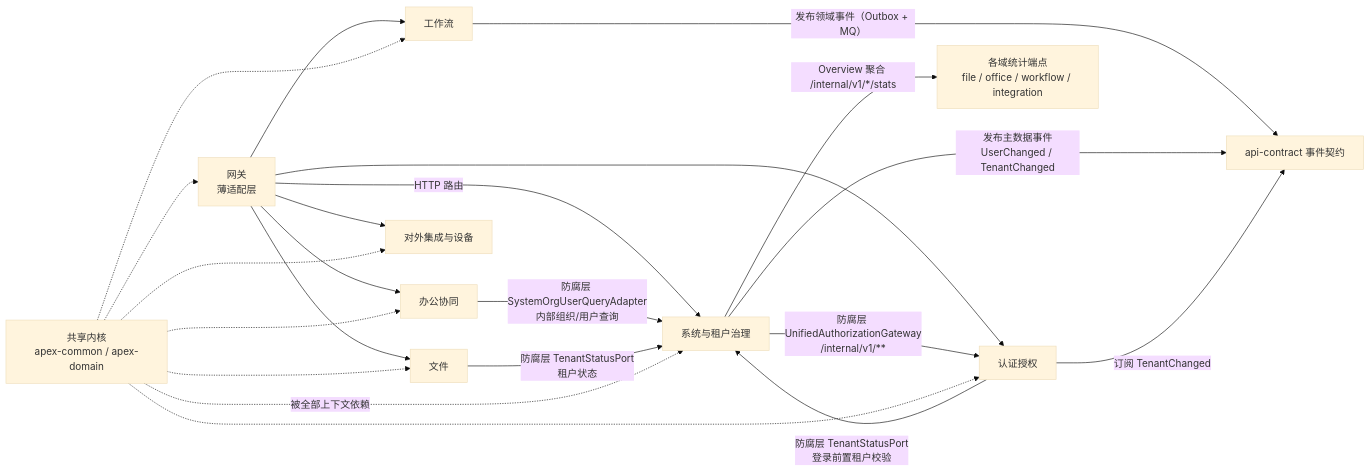
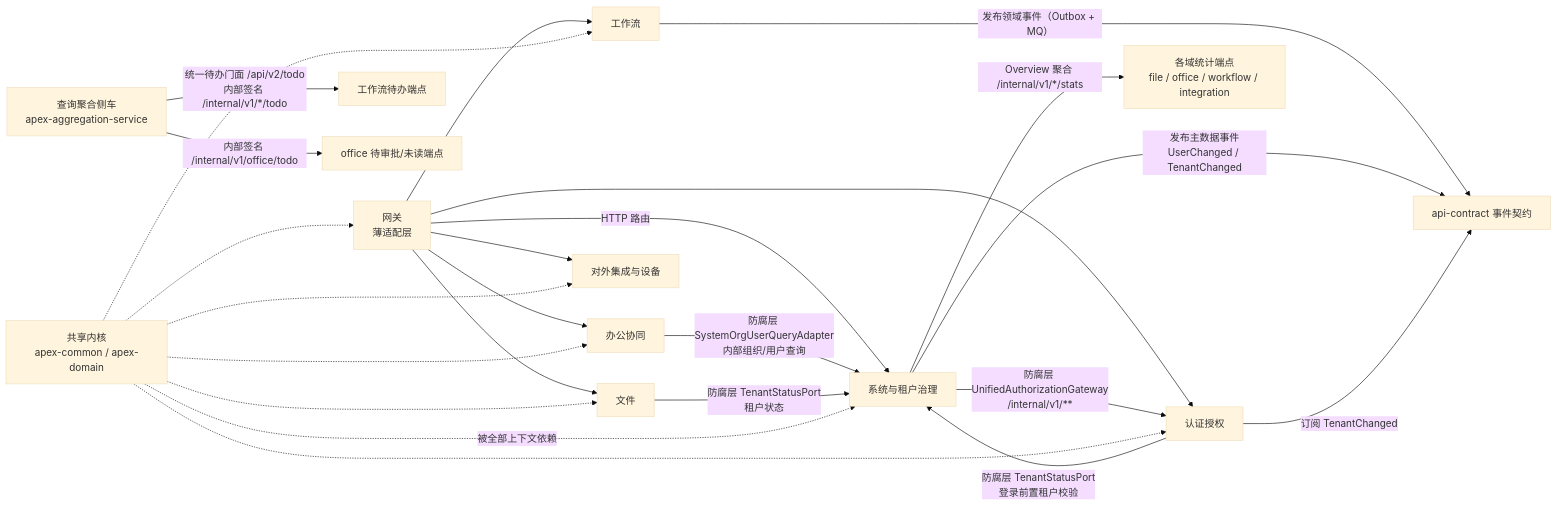
Before and after one commit to apex-cloud-service/apex-scaffold: the diagram in docs/02-architecture/context-map.md, drawn with Mermaid (base theme). The commit also changed other lines of this file and 17 other files, not shown here.

````diff
--- a/docs/02-architecture/context-map.md
+++ b/docs/02-architecture/context-map.md
@@ -19,26 +20,28 @@
 ```mermaid
 graph LR
     GW[网关<br/>薄适配层] -->|HTTP 路由| SYS[系统与租户治理]
     GW --> AUTH[认证授权]
     GW --> WF[工作流]
     GW --> FILE[文件]
     GW --> OFFICE[办公协同]
     GW --> INT[对外集成与设备]
 
     SYS -->|防腐层 UnifiedAuthorizationGateway<br/>/internal/v1/**| AUTH
     OFFICE -->|防腐层 SystemOrgUserQueryAdapter<br/>内部组织/用户查询| SYS
     FILE -->|防腐层 TenantStatusPort<br/>租户状态| SYS
     AUTH -->|防腐层 TenantStatusPort<br/>登录前置租户校验| SYS
     WF -->|发布领域事件（Outbox + MQ）| CONTRACT[api-contract 事件契约]
     SYS -->|发布主数据事件<br/>UserChanged / TenantChanged| CONTRACT
     AUTH -->|订阅 TenantChanged| CONTRACT
     SYS -->|Overview 聚合 /internal/v1/*/stats| STATS[各域统计端点<br/>file / office / workflow / integration]
+    AGG[查询聚合侧车<br/>apex-aggregation-service] -->|统一待办门面 /api/v2/todo<br/>内部签名 /internal/v1/*/todo| WFT[工作流待办端点]
+    AGG -->|内部签名 /internal/v1/office/todo| OFT[office 待审批/未读端点]
 
     SHARED[共享内核<br/>apex-common / apex-domain] -.->|被全部上下文依赖| SYS
     SHARED -.-> AUTH
     SHARED -.-> WF
     SHARED -.-> FILE
     SHARED -.-> OFFICE
     SHARED -.-> INT
     SHARED -.-> GW
 ```
````
